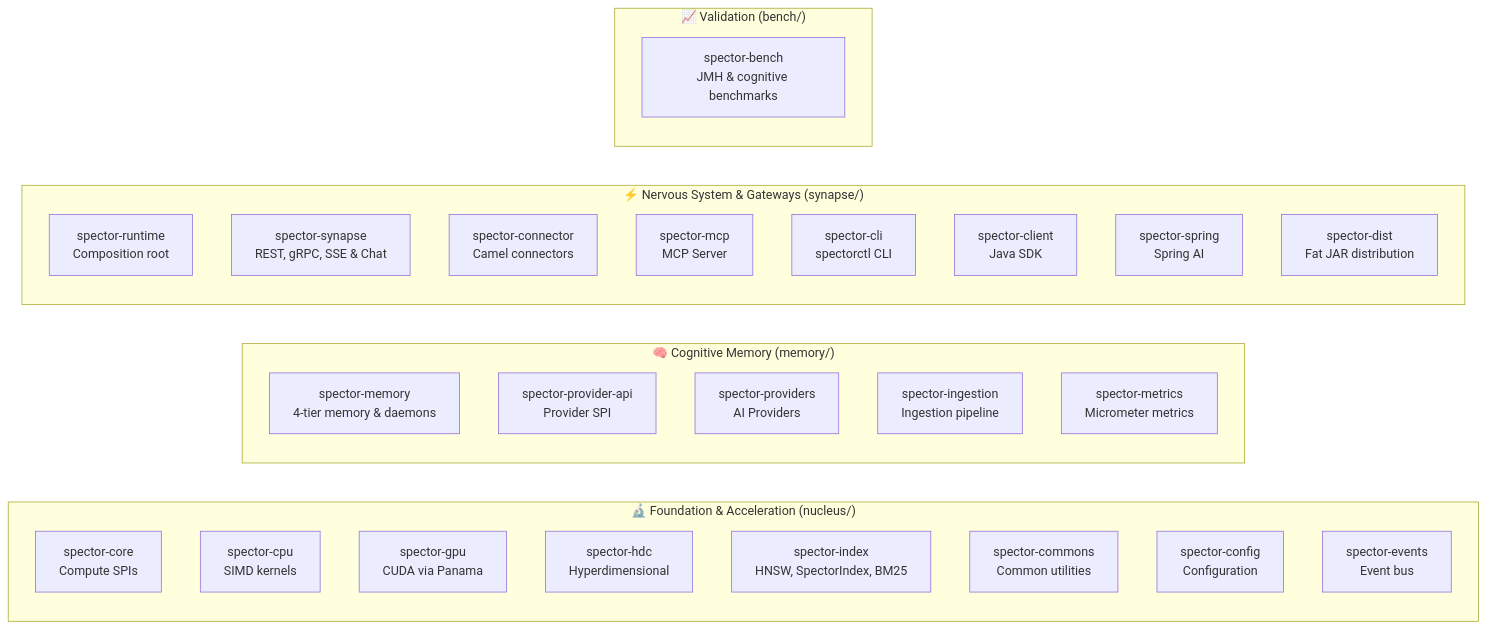
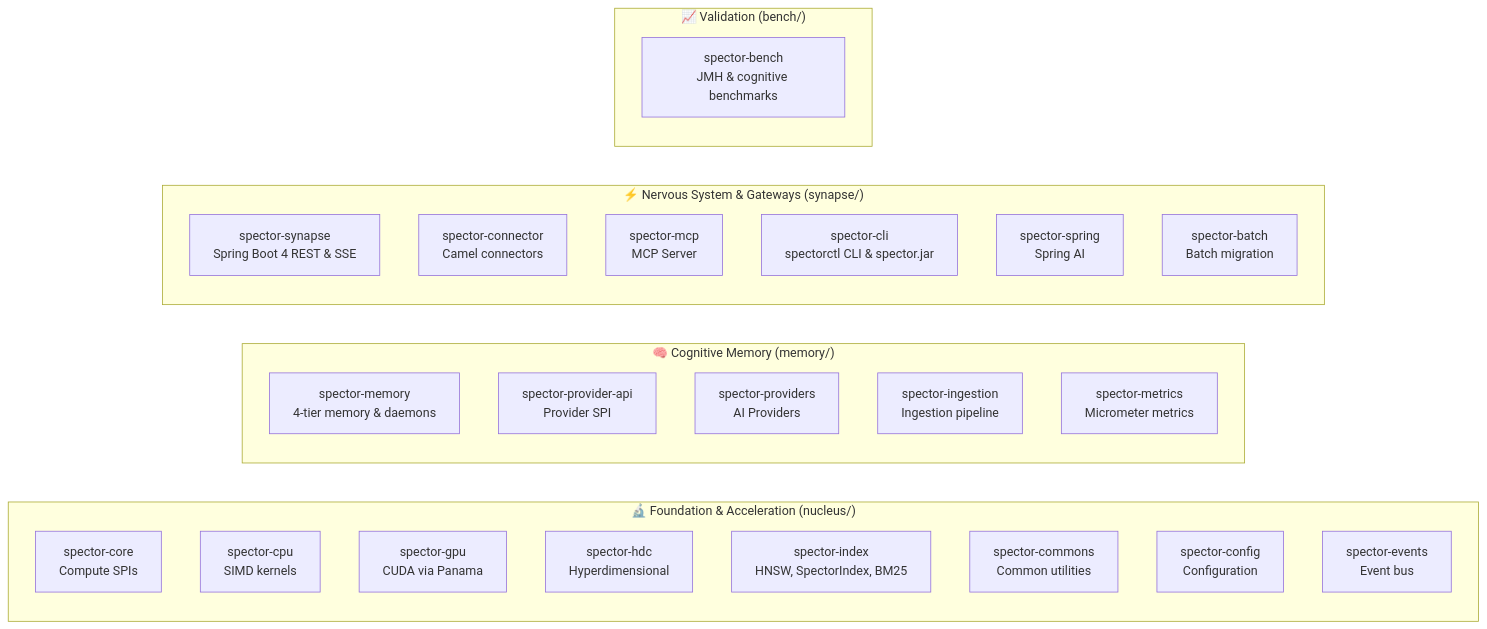
The diagram in docs/docs/operations/contributing.md (spectrayan/spector), drawn with Mermaid before and after one commit. The commit also changed 125 other files, not shown here.

First line of the commit message:
refactor(synapse): consolidate mcp and cli into spectorctl, decommission runtime dist and client (#658)

````diff
--- a/docs/docs/operations/contributing.md
+++ b/docs/docs/operations/contributing.md
@@ -45,36 +45,34 @@
 ```mermaid
 graph LR
     subgraph "🔬 Foundation & Acceleration (nucleus/)"
         core["spector-core<br/>Compute SPIs"]
         cpu["spector-cpu<br/>SIMD kernels"]
         gpu["spector-gpu<br/>CUDA via Panama"]
         hdc["spector-hdc<br/>Hyperdimensional"]
         index["spector-index<br/>HNSW, SpectorIndex, BM25"]
         commons["spector-commons<br/>Common utilities"]
         config["spector-config<br/>Configuration"]
         events["spector-events<br/>Event bus"]
     end
 
     subgraph "🧠 Cognitive Memory (memory/)"
         memory["spector-memory<br/>4-tier memory & daemons"]
         providerapi["spector-provider-api<br/>Provider SPI"]
         providers["spector-providers<br/>AI Providers"]
         ingestion["spector-ingestion<br/>Ingestion pipeline"]
         metrics["spector-metrics<br/>Micrometer metrics"]
     end
 
     subgraph "⚡ Nervous System & Gateways (synapse/)"
-        runtime["spector-runtime<br/>Composition root"]
-        synapse["spector-synapse<br/>REST, gRPC, SSE & Chat"]
+        synapse["spector-synapse<br/>Spring Boot 4 REST & SSE"]
         connector["spector-connector<br/>Camel connectors"]
         mcp["spector-mcp<br/>MCP Server"]
-        cli["spector-cli<br/>spectorctl CLI"]
-        client["spector-client<br/>Java SDK"]
+        cli["spector-cli<br/>spectorctl CLI & spector.jar"]
         spring["spector-spring<br/>Spring AI"]
-        dist["spector-dist<br/>Fat JAR distribution"]
+        batch["spector-batch<br/>Batch migration"]
     end
 
     subgraph "📈 Validation (bench/)"
         bench["spector-bench<br/>JMH & cognitive benchmarks"]
     end
 ```
````
